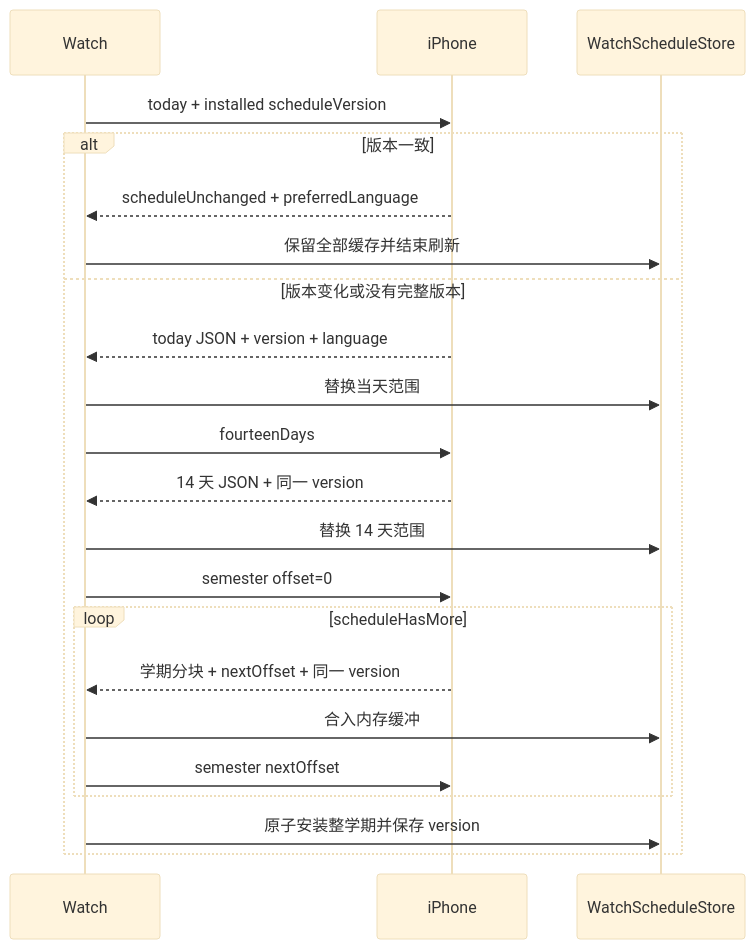
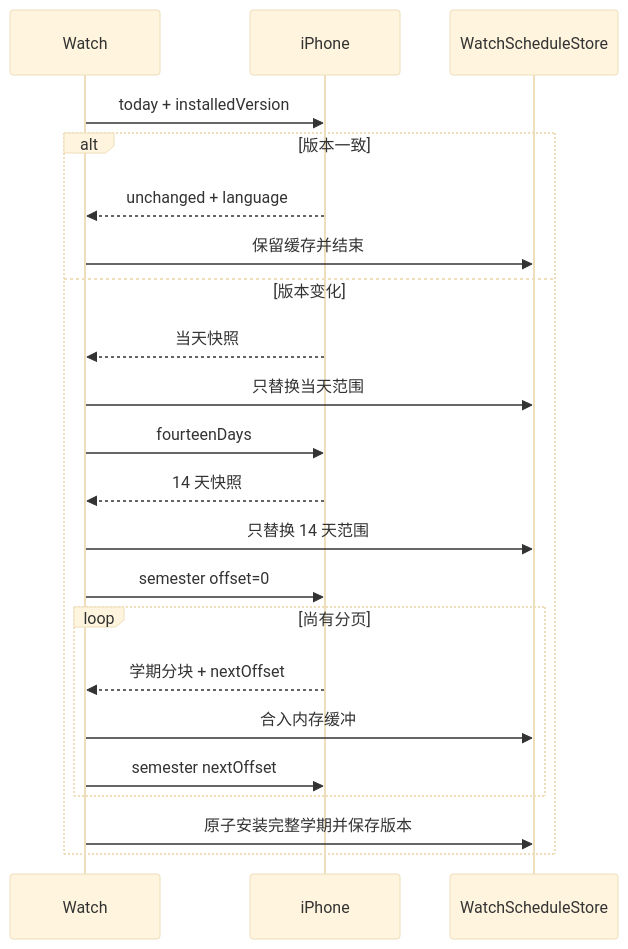
The second of 2 diagrams in docs/apple_watch_technical_overview.md (BenderBlog/traintime_pda), drawn with Mermaid (base theme) before and after one commit. The commit also changed other lines of this file and 21 other files, not shown here.

````diff
--- a/docs/apple_watch_technical_overview.md
+++ b/docs/apple_watch_technical_overview.md
@@ -224,25 +109,25 @@
 ```mermaid
 sequenceDiagram
     participant W as Watch
     participant P as iPhone
     participant S as WatchScheduleStore
 
-    W->>P: today + installed scheduleVersion
+    W->>P: today + installedVersion
     alt 版本一致
-        P-->>W: scheduleUnchanged + preferredLanguage
-        W->>S: 保留全部缓存并结束刷新
-    else 版本变化或没有完整版本
-        P-->>W: today JSON + version + language
-        W->>S: 替换当天范围
+        P-->>W: unchanged + language
+        W->>S: 保留缓存并结束
+    else 版本变化
+        P-->>W: 当天快照
+        W->>S: 只替换当天范围
         W->>P: fourteenDays
-        P-->>W: 14 天 JSON + 同一 version
-        W->>S: 替换 14 天范围
+        P-->>W: 14 天快照
+        W->>S: 只替换 14 天范围
         W->>P: semester offset=0
-        loop scheduleHasMore
-            P-->>W: 学期分块 + nextOffset + 同一 version
+        loop 尚有分页
+            P-->>W: 学期分块 + nextOffset
             W->>S: 合入内存缓冲
             W->>P: semester nextOffset
         end
-        W->>S: 原子安装整学期并保存 version
+        W->>S: 原子安装完整学期并保存版本
     end
 ```
````
